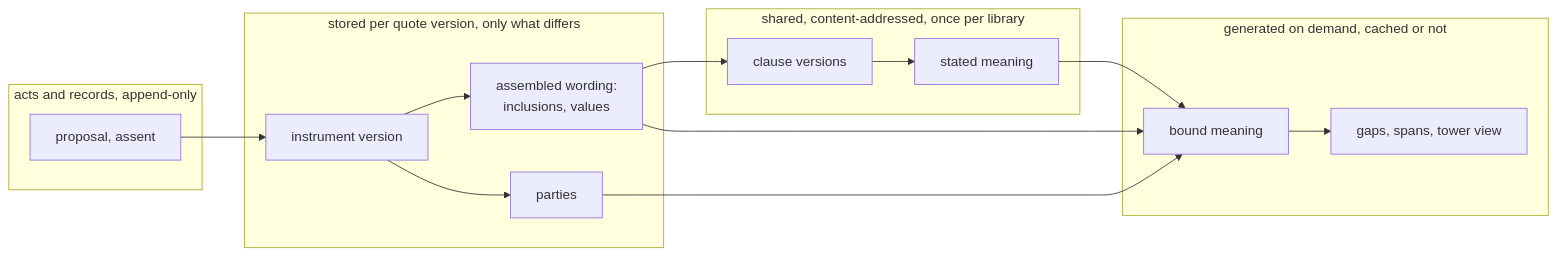
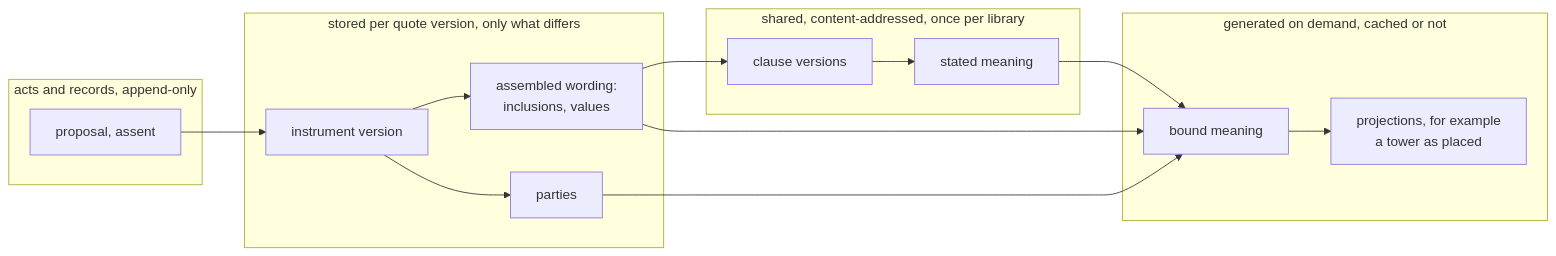
Before and after one commit to nebularis/lattice: the sixth of 22 diagrams in docs/developer/sketches/persistence-history-and-versioning.md, drawn with Mermaid. The commit also changed other lines of this file and 371 other files, not shown here.

````diff
--- a/docs/developer/sketches/persistence-history-and-versioning.md
+++ b/docs/developer/sketches/persistence-history-and-versioning.md
@@ -417,22 +409,22 @@
 ```mermaid
 flowchart LR
   subgraph shared["shared, content-addressed, once per library"]
     EL["clause versions"] --> SM["stated meaning"]
   end
   subgraph stored["stored per quote version, only what differs"]
     Q["instrument version"] --> AW["assembled wording:<br/>inclusions, values"]
     Q --> P["parties"]
   end
   subgraph acts["acts and records, append-only"]
     PR["proposal, assent"] --> Q
   end
   subgraph generated["generated on demand, cached or not"]
     BM["bound meaning"]
-    GAP["gaps, spans, tower view"]
+    GAP["projections, for example<br/>a tower as placed"]
   end
   AW --> EL
   SM --> BM
   AW --> BM
   P --> BM
   BM --> GAP
 ```
````
